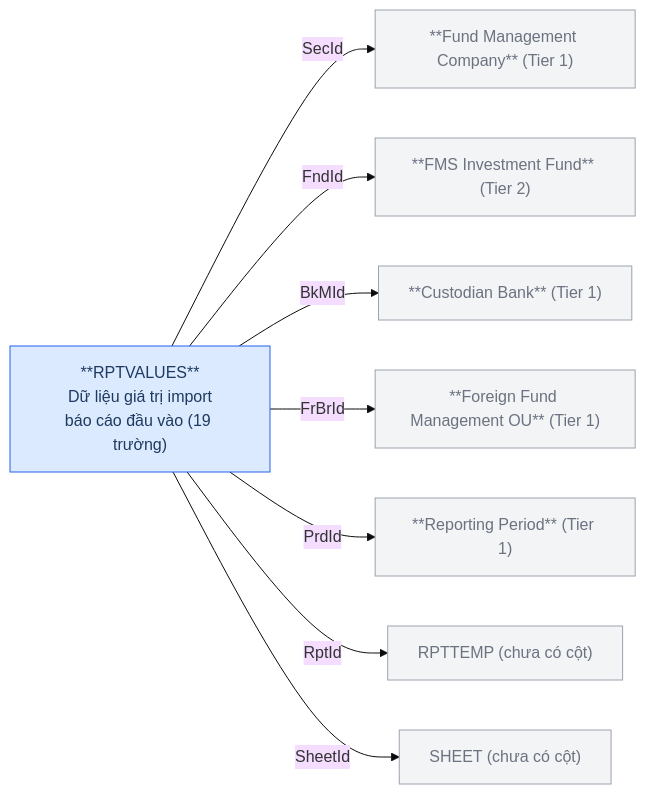
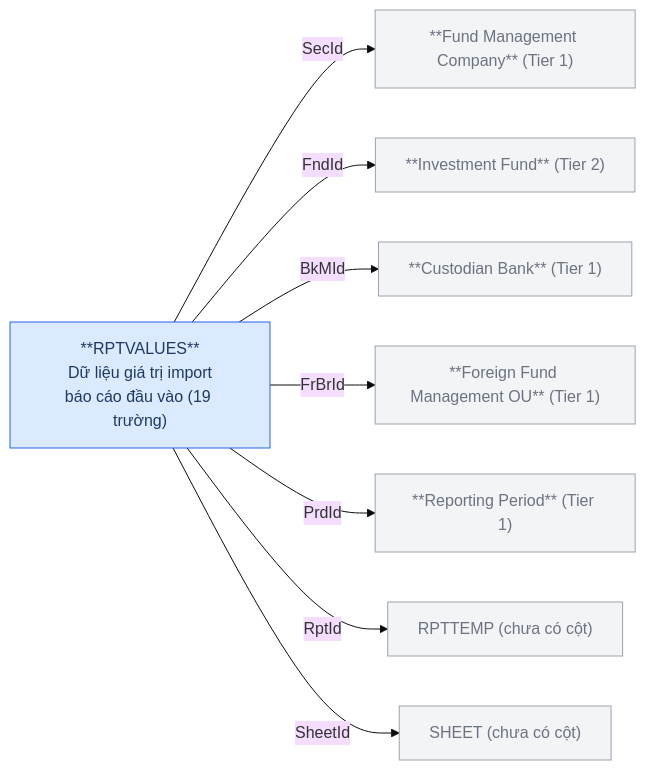
One commit to linhlvit/ubck_atomic_design changed the fifth of 7 diagrams in Silver/hld/FMS_HLD_Tier4.md. Above: the diagram before and after it, drawn with Mermaid (base theme). The commit also changed other lines of this file and 32 other files, not shown here.

````diff
--- a/Silver/hld/FMS_HLD_Tier4.md
+++ b/Silver/hld/FMS_HLD_Tier4.md
@@ -108,22 +108,22 @@
 ```mermaid
 graph LR
     classDef src fill:#dbeafe,stroke:#2563eb,color:#1e3a5f
     classDef ref fill:#f3f4f6,stroke:#9ca3af,color:#6b7280
 
     SECURITIES["**Fund Management Company** (Tier 1)"]:::ref
-    FUNDS["**FMS Investment Fund** (Tier 2)"]:::ref
+    FUNDS["**Investment Fund** (Tier 2)"]:::ref
     BANKMONI["**Custodian Bank** (Tier 1)"]:::ref
     FORBRCH["**Foreign Fund Management OU** (Tier 1)"]:::ref
     RPTPERIOD["**Reporting Period** (Tier 1)"]:::ref
     RPTTEMP["RPTTEMP (chưa có cột)"]:::ref
     SHEET["SHEET (chưa có cột)"]:::ref
     RPTVALUES["**RPTVALUES**\nDữ liệu giá trị import\nbáo cáo đầu vào (19 trường)"]:::src
 
     RPTVALUES -->|SecId| SECURITIES
     RPTVALUES -->|FndId| FUNDS
     RPTVALUES -->|BkMId| BANKMONI
     RPTVALUES -->|FrBrId| FORBRCH
     RPTVALUES -->|PrdId| RPTPERIOD
     RPTVALUES -->|RptId| RPTTEMP
     RPTVALUES -->|SheetId| SHEET
 ```
````
